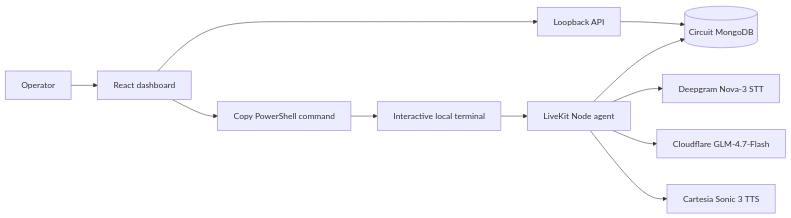
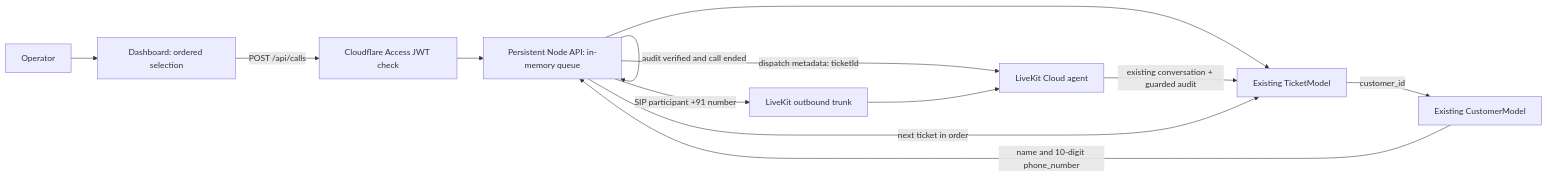
Before and after one commit to bhavyacindia/Voice-Audit-Agent: the first of 2 diagrams in docs/phase-3-post-implementation.md, drawn with Mermaid. The commit also changed other lines of this file and 15 other files, not shown here.

````diff
--- a/docs/phase-3-post-implementation.md
+++ b/docs/phase-3-post-implementation.md
@@ -7,13 +11,15 @@
 ```mermaid
 flowchart LR
-  Operator[Operator] --> Dashboard[React dashboard]
-  Dashboard --> API[Loopback API]
-  API --> DB[(Circuit MongoDB)]
-  Dashboard --> Command[Copy PowerShell command]
-  Command --> Terminal[Interactive local terminal]
-  Terminal --> Agent[LiveKit Node agent]
-  Agent --> STT[Deepgram Nova-3 STT]
-  Agent --> LLM[Cloudflare GLM-4.7-Flash]
-  Agent --> TTS[Cartesia Sonic 3 TTS]
-  Agent --> DB
+  Operator --> Dashboard[Dashboard: ordered selection]
+  Dashboard -->|POST /api/calls| Access[Cloudflare Access JWT check]
+  Access --> API[Persistent Node API: in-memory queue]
+  API --> Ticket[Existing TicketModel]
+  Ticket -->|customer_id| Customer[Existing CustomerModel]
+  Customer -->|name and 10-digit phone_number| API
+  API -->|dispatch metadata: ticketId| Agent[LiveKit Cloud agent]
+  API -->|SIP participant +91 number| LK[LiveKit outbound trunk]
+  LK --> Agent
+  Agent -->|existing conversation + guarded audit| Ticket
+  API -->|audit verified and call ended| API
+  API -->|next ticket in order| Ticket
 ```
````
